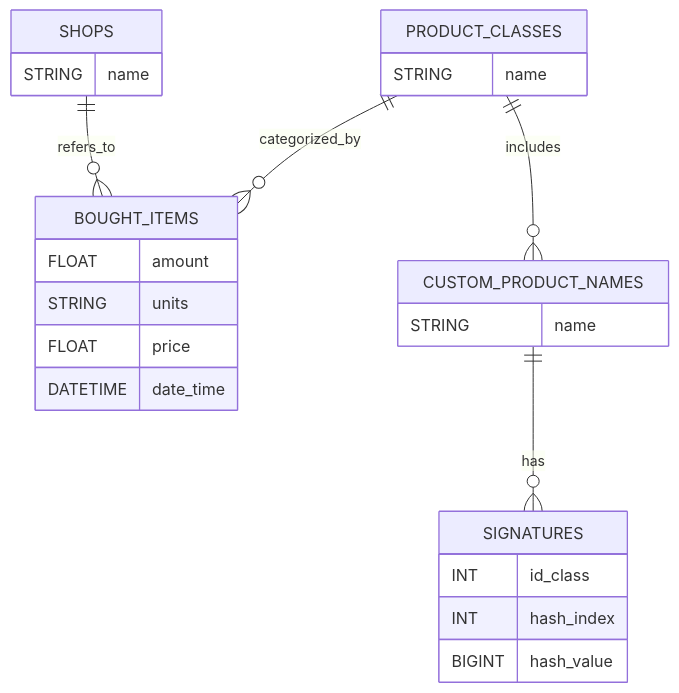
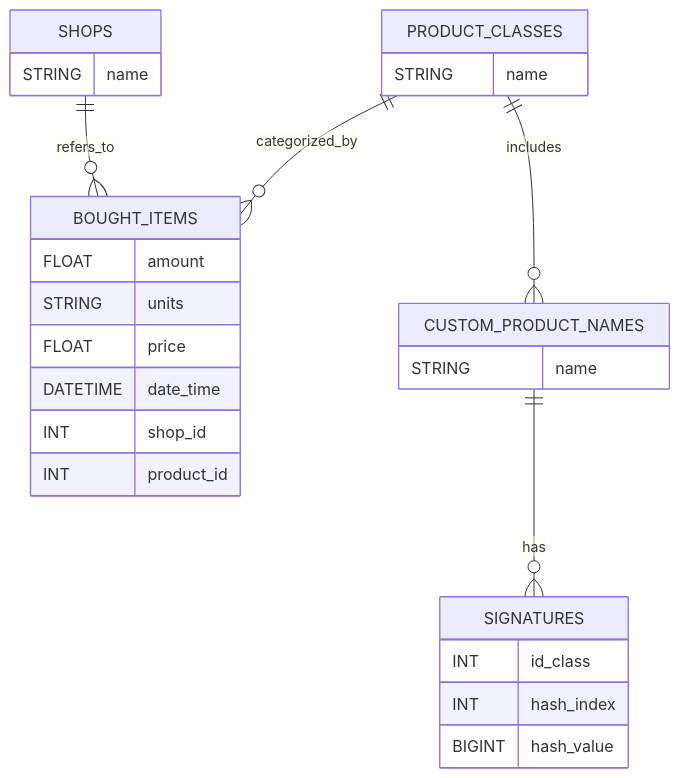
One commit to FrantisekI/zapoctovyProgramUctenky changed the diagram in readme.md. Above: the diagram before and after it, drawn with Mermaid. The commit also changed 5 other files, not shown here.

````diff
--- a/readme.md
+++ b/readme.md
@@ -35,30 +35,33 @@
 ```mermaid
 erDiagram
     SHOPS {
         STRING name
     }
     PRODUCT_CLASSES {
         STRING name
     }
     CUSTOM_PRODUCT_NAMES {
         STRING name
     }
     SIGNATURES {
         INT id_class
         INT hash_index
         BIGINT hash_value
     }
     BOUGHT_ITEMS {
         FLOAT amount
         STRING units
         FLOAT price
         DATETIME date_time
+
+        INT shop_id
+        INT product_id
     }
 
 
     SHOPS ||--o{ BOUGHT_ITEMS : refers_to
     PRODUCT_CLASSES ||--o{ BOUGHT_ITEMS : categorized_by
     PRODUCT_CLASSES ||--o{ CUSTOM_PRODUCT_NAMES : includes
     CUSTOM_PRODUCT_NAMES ||--o{ SIGNATURES : has
     
 ```
````
